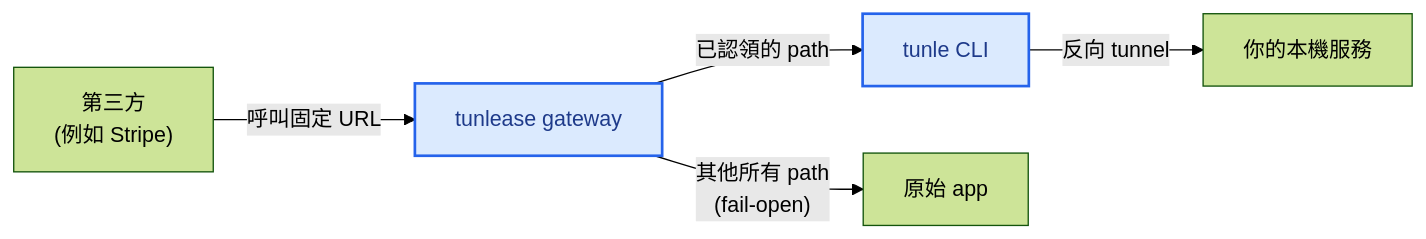
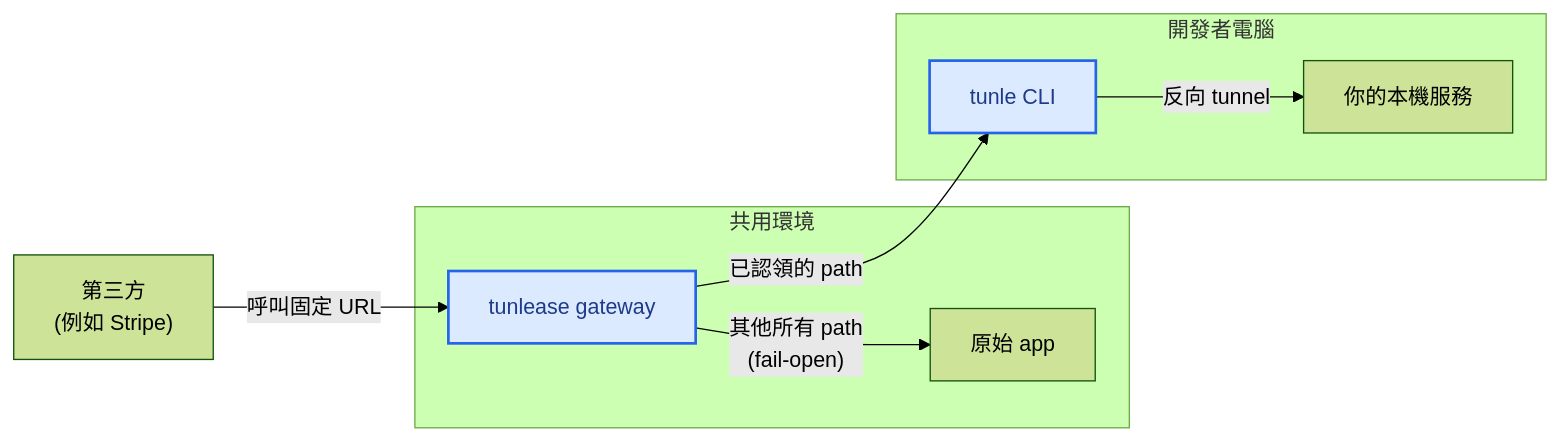
The diagram in README.zh-TW.md (iml885203/tunlease), drawn with Mermaid (forest theme) before and after one commit. The commit also changed other lines of this file and 19 other files, not shown here.

````diff
--- a/README.zh-TW.md
+++ b/README.zh-TW.md
@@ -22,11 +22,21 @@
 ```mermaid
 flowchart LR
     TP["第三方<br/>(例如 Stripe)"] -->|"呼叫固定 URL"| GW[tunlease gateway]
 
-    GW -->|"已認領的 path"| CLI[tunle CLI]
-    GW -->|"其他所有 path<br/>(fail-open)"| App[原始 app]
-    CLI -->|"反向 tunnel"| Local[你的本機服務]
+    subgraph Shared["共用環境"]
+        GW[tunlease gateway]
+        App[原始 app]
+        GW -->|"其他所有 path<br/>(fail-open)"| App
+    end
+
+    subgraph Developer["開發者電腦"]
+        CLI[tunle CLI]
+        Local[你的本機服務]
+        CLI -->|"反向 tunnel"| Local
+    end
+
+    GW -->|"已認領的 path"| CLI
 
     classDef tunlease fill:#dbeafe,stroke:#2563eb,color:#1e3a8a,stroke-width:2px;
     class GW,CLI tunlease;
 ```
````
